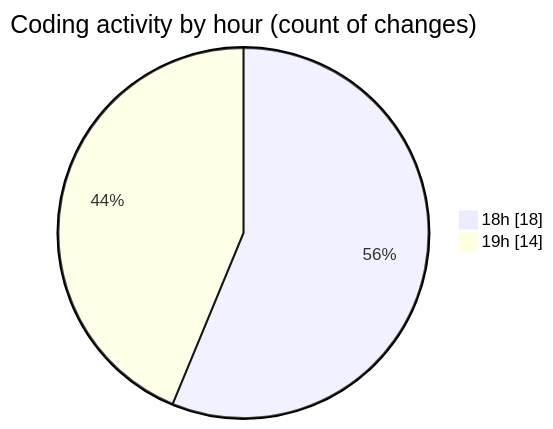
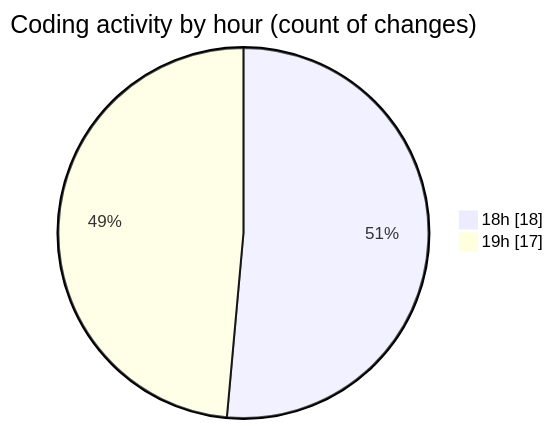
The second of 2 diagrams in 2025-01-03/my-code-activity-ext/README.md (ernivani/code-tracking), drawn with Mermaid before and after one commit. The commit also changed other lines of this file and 6 other files, not shown here.

````diff
--- a/2025-01-03/my-code-activity-ext/README.md
+++ b/2025-01-03/my-code-activity-ext/README.md
@@ -36,6 +37,6 @@
 ```mermaid
 pie showData
 title Coding activity by hour (count of changes)
 "18h" : 18
-"19h" : 14
+"19h" : 17
 ```
````
